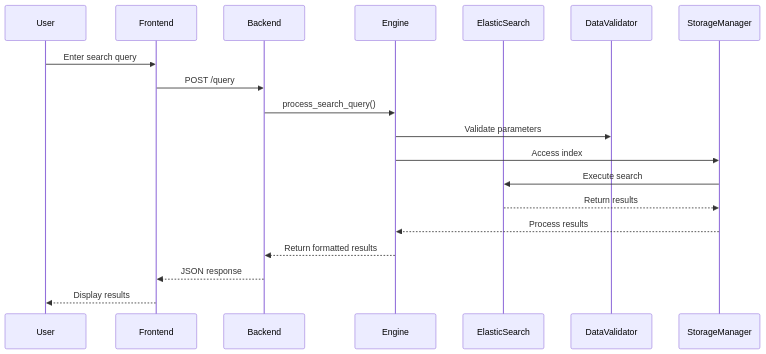
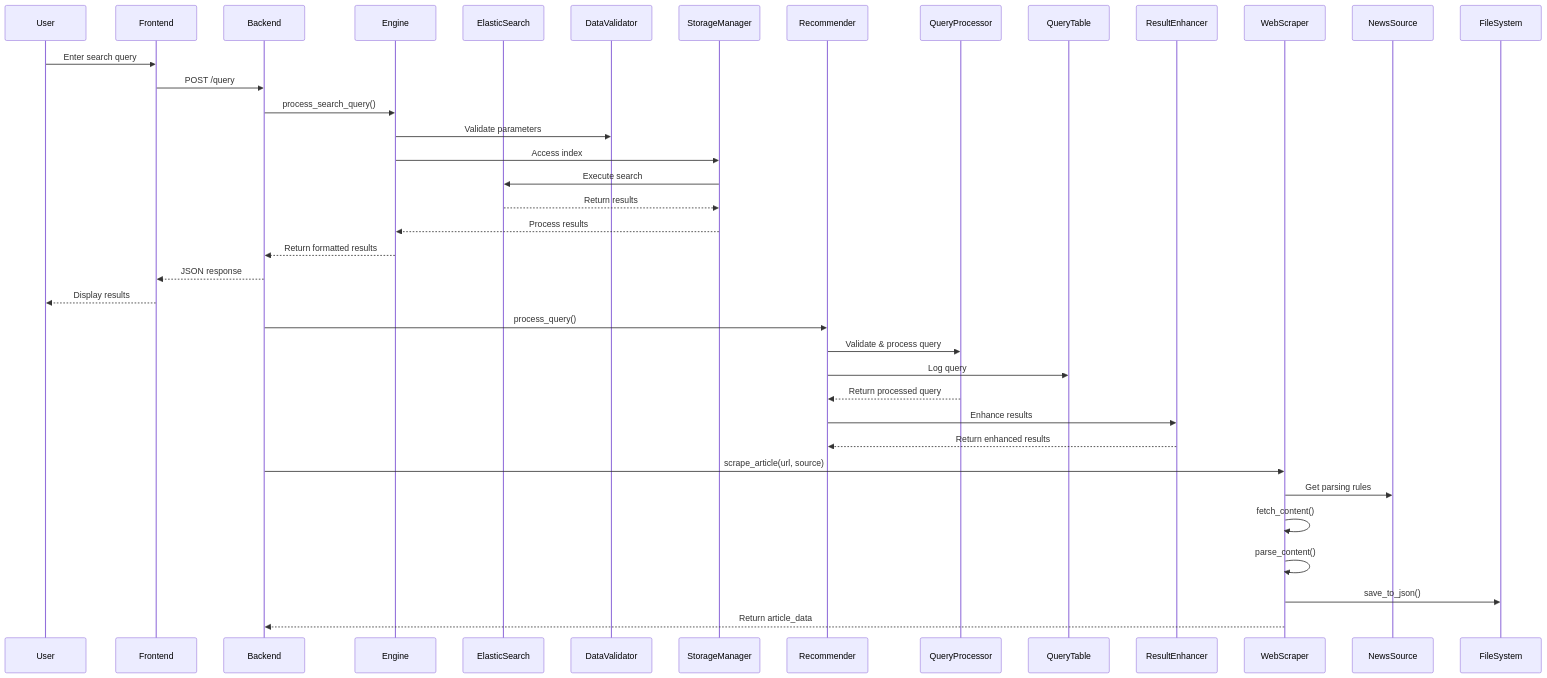
The second of 3 diagrams in ARCHITECTURE.md (senior-design-financial-engine/search-engine), drawn with Mermaid before and after one commit. The commit also changed other lines of this file and 12 other files, not shown here.

````diff
--- a/ARCHITECTURE.md
+++ b/ARCHITECTURE.md
@@ -123,25 +195,46 @@
 ```mermaid
 sequenceDiagram
     participant User
     participant Frontend
     participant Backend
     participant Engine
     participant ElasticSearch
     participant DataValidator
     participant StorageManager
+    participant Recommender
+    participant QueryProcessor
+    participant QueryTable
+    participant ResultEnhancer
+    participant WebScraper
+    participant NewsSource
+    participant FileSystem
 
     User->>Frontend: Enter search query
     Frontend->>Backend: POST /query
     Backend->>Engine: process_search_query()
     
     Engine->>DataValidator: Validate parameters
     Engine->>StorageManager: Access index
     StorageManager->>ElasticSearch: Execute search
     
     ElasticSearch-->>StorageManager: Return results
     StorageManager-->>Engine: Process results
     Engine-->>Backend: Return formatted results
     Backend-->>Frontend: JSON response
     Frontend-->>User: Display results
 
+    Backend->>Recommender: process_query()
+    Recommender->>QueryProcessor: Validate & process query
+    Recommender->>QueryTable: Log query
+    QueryProcessor-->>Recommender: Return processed query
+    Recommender->>ResultEnhancer: Enhance results
+    ResultEnhancer-->>Recommender: Return enhanced results
+
+    Backend->>WebScraper: scrape_article(url, source)
+    WebScraper->>NewsSource: Get parsing rules
+    WebScraper->>WebScraper: fetch_content()
+    WebScraper->>WebScraper: parse_content()
+    WebScraper->>FileSystem: save_to_json()
+    WebScraper-->>Backend: Return article_data
+
 ```
````
